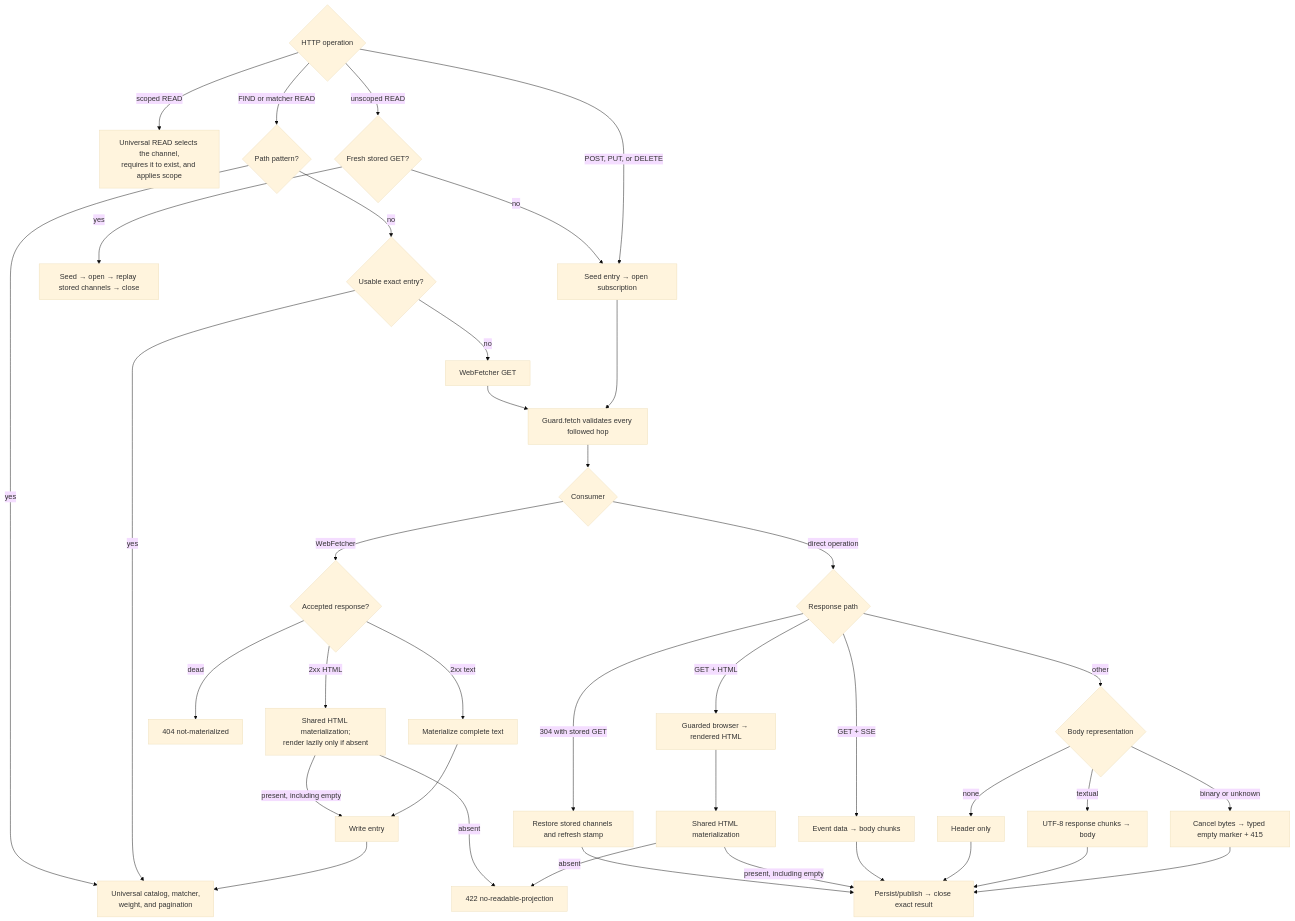
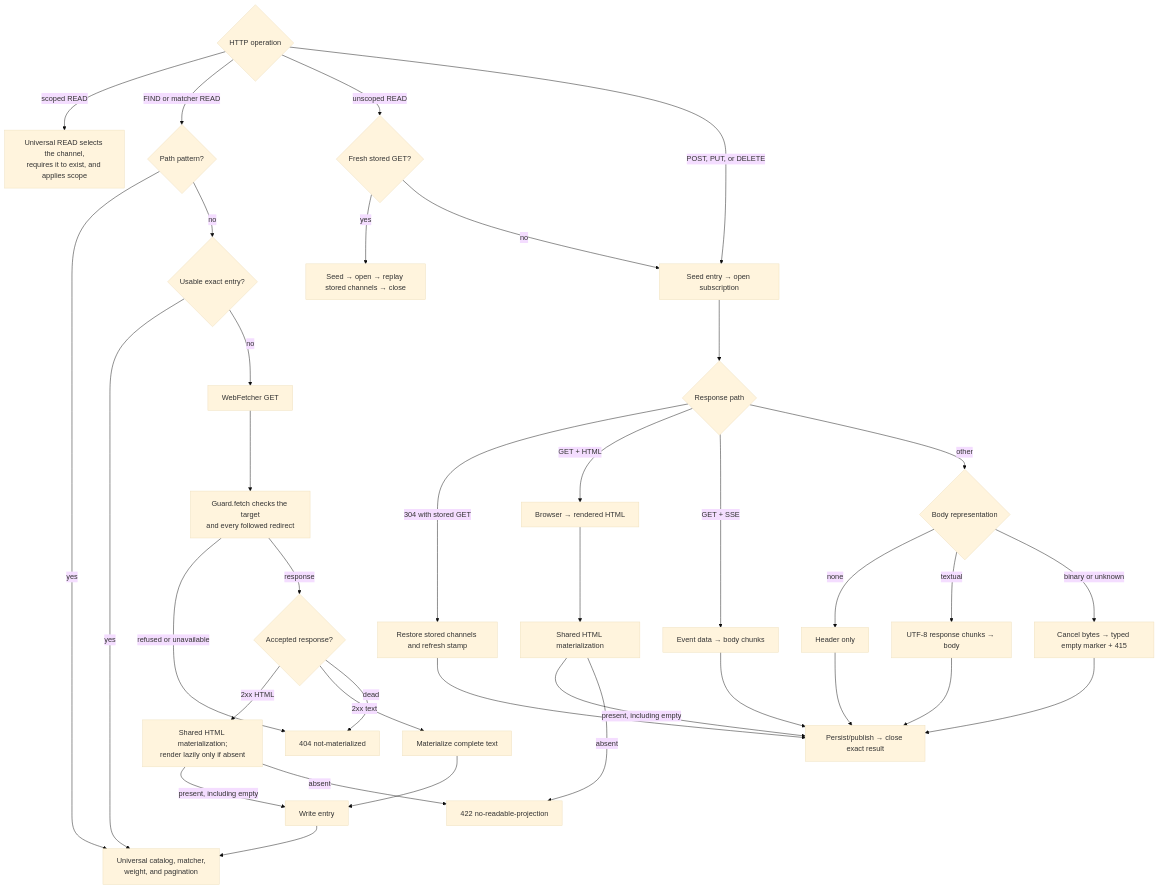
Before and after one commit to plurnk/plurnk-service: the first of 2 diagrams in plurnk-schemes-http/SPEC.md, drawn with Mermaid (base theme). The commit also changed other lines of this file and 22 other files, not shown here.

````diff
--- a/plurnk-schemes-http/SPEC.md
+++ b/plurnk-schemes-http/SPEC.md
@@ -62,47 +62,45 @@
 ```mermaid
 flowchart TD
     op{"HTTP operation"}
 
     op -->|scoped READ| selected["Universal READ selects the channel,<br/>requires it to exist, and applies scope"]
 
     op -->|FIND or matcher READ| pattern{"Path pattern?"}
     pattern -->|yes| query["Universal catalog, matcher,<br/>weight, and pagination"]
     pattern -->|no| usable{"Usable exact entry?"}
     usable -->|yes| query
     usable -->|no| prefetch["WebFetcher GET"]
 
     op -->|unscoped READ| fresh{"Fresh stored GET?"}
     fresh -->|yes| replay["Seed → open → replay stored channels → close"]
     fresh -->|no| stream["Seed entry → open subscription"]
     op -->|POST, PUT, or DELETE| stream
 
-    prefetch --> guard["Guard.fetch validates every followed hop"]
-    stream --> guard
-    guard --> owner{"Consumer"}
-
-    owner -->|WebFetcher| prefetchType{"Accepted response?"}
+    prefetch --> guard["Guard.fetch checks the target<br/>and every followed redirect"]
+    guard -->|refused or unavailable| dead
+    guard -->|response| prefetchType{"Accepted response?"}
     prefetchType -->|2xx HTML| prefetchHtml["Shared HTML materialization;<br/>render lazily only if absent"]
     prefetchType -->|2xx text| prefetchText["Materialize complete text"]
     prefetchType -->|dead| dead["404 not-materialized"]
     prefetchHtml -->|present, including empty| materialize["Write entry"]
     prefetchHtml -->|absent| noProjection["422 no-readable-projection"]
     prefetchText --> materialize
     materialize --> query
 
-    owner -->|direct operation| response{"Response path"}
+    stream --> response{"Response path"}
     response -->|304 with stored GET| restore["Restore stored channels and refresh stamp"]
-    response -->|GET + HTML| render["Guarded browser → rendered HTML"]
+    response -->|GET + HTML| render["Browser → rendered HTML"]
     response -->|GET + SSE| events["Event data → body chunks"]
     response -->|other| representation{"Body representation"}
     representation -->|none| empty["Header only"]
     representation -->|textual| text["UTF-8 response chunks → body"]
     representation -->|binary or unknown| binary["Cancel bytes → typed empty marker + 415"]
     restore --> close["Persist/publish → close exact result"]
     render --> directHtml["Shared HTML materialization"]
     directHtml -->|present, including empty| close
     directHtml -->|absent| noProjection
     events --> close
     empty --> close
     text --> close
     binary --> close
 ```
````
